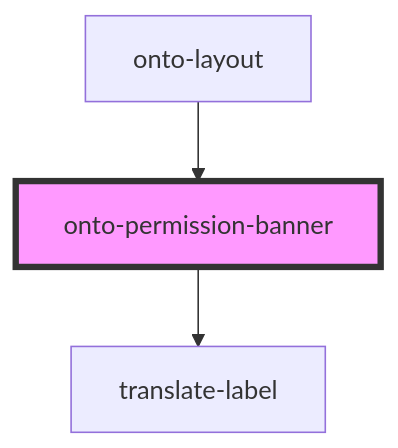
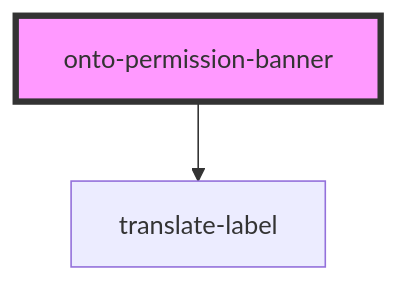
Before and after one commit to Ontotext-AD/graphdb-workbench: the diagram in packages/shared-components/src/components/onto-permission-banner/readme.md, drawn with Mermaid. The commit also changed other lines of this file and 4 other files, not shown here.

````diff
--- a/packages/shared-components/src/components/onto-permission-banner/readme.md
+++ b/packages/shared-components/src/components/onto-permission-banner/readme.md
@@ -19,6 +15,5 @@
 ```mermaid
 graph TD;
   onto-permission-banner --> translate-label
-  onto-layout --> onto-permission-banner
   style onto-permission-banner fill:#f9f,stroke:#333,stroke-width:4px
 ```
````
